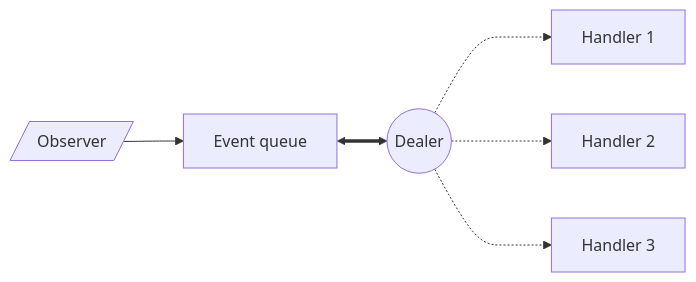
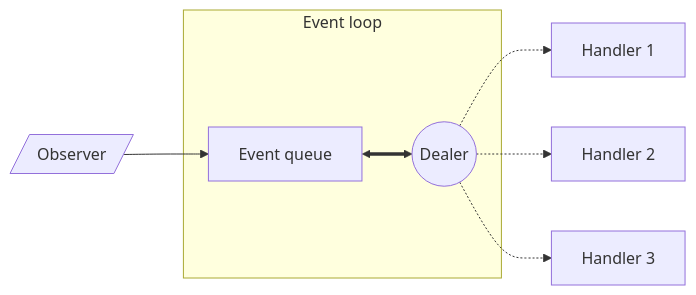
One commit to angelromarco04/MyNotes changed the fourth of 4 diagrams in Programming/Other/EDD.md. Above: the diagram before and after it, drawn with Mermaid. The commit also changed other lines of this file, not shown here.

Commit message:
vault backup: 2024-05-05 19:33:39

````diff
--- a/Programming/Other/EDD.md
+++ b/Programming/Other/EDD.md
@@ -118,8 +118,10 @@
 ```mermaid
 graph LR
 A[/Observer/] --> B[Event queue]
+subgraph Event loop
 B <==> C((Dealer))
-C -..-> D[Handler 1]
-C -..-> E[Handler 2]
-C -..-> F[Handler 3]
+end
+C -.-> D[Handler 1]
+C -.-> E[Handler 2]
+C -.-> F[Handler 3]
 ```
````
